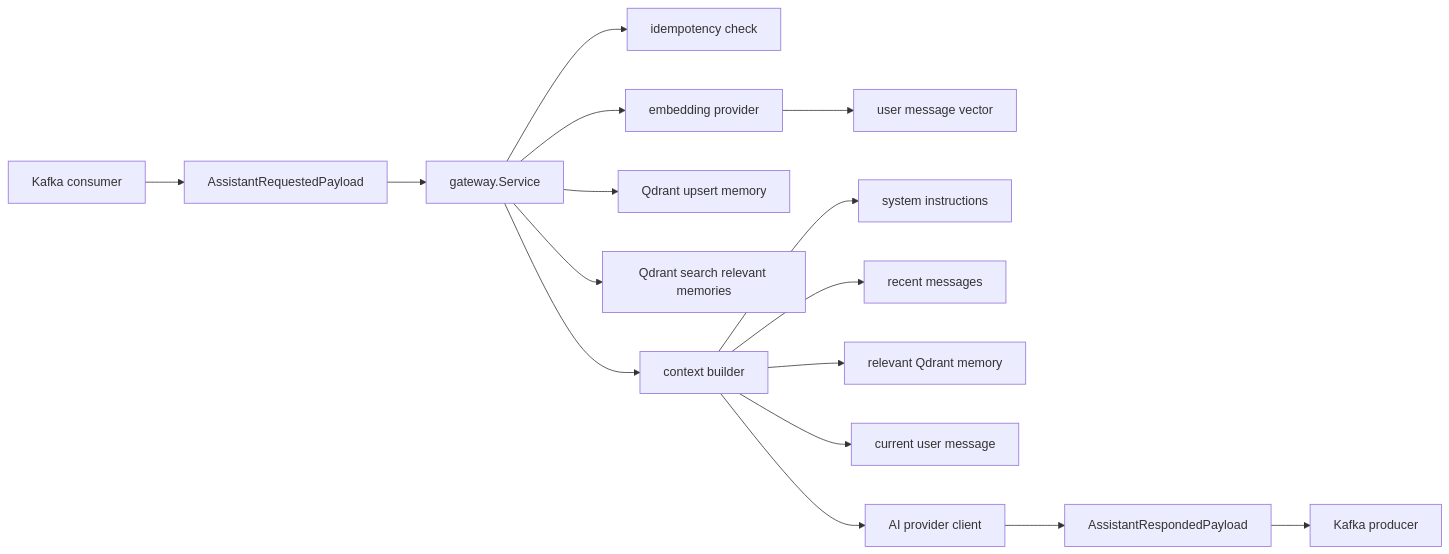
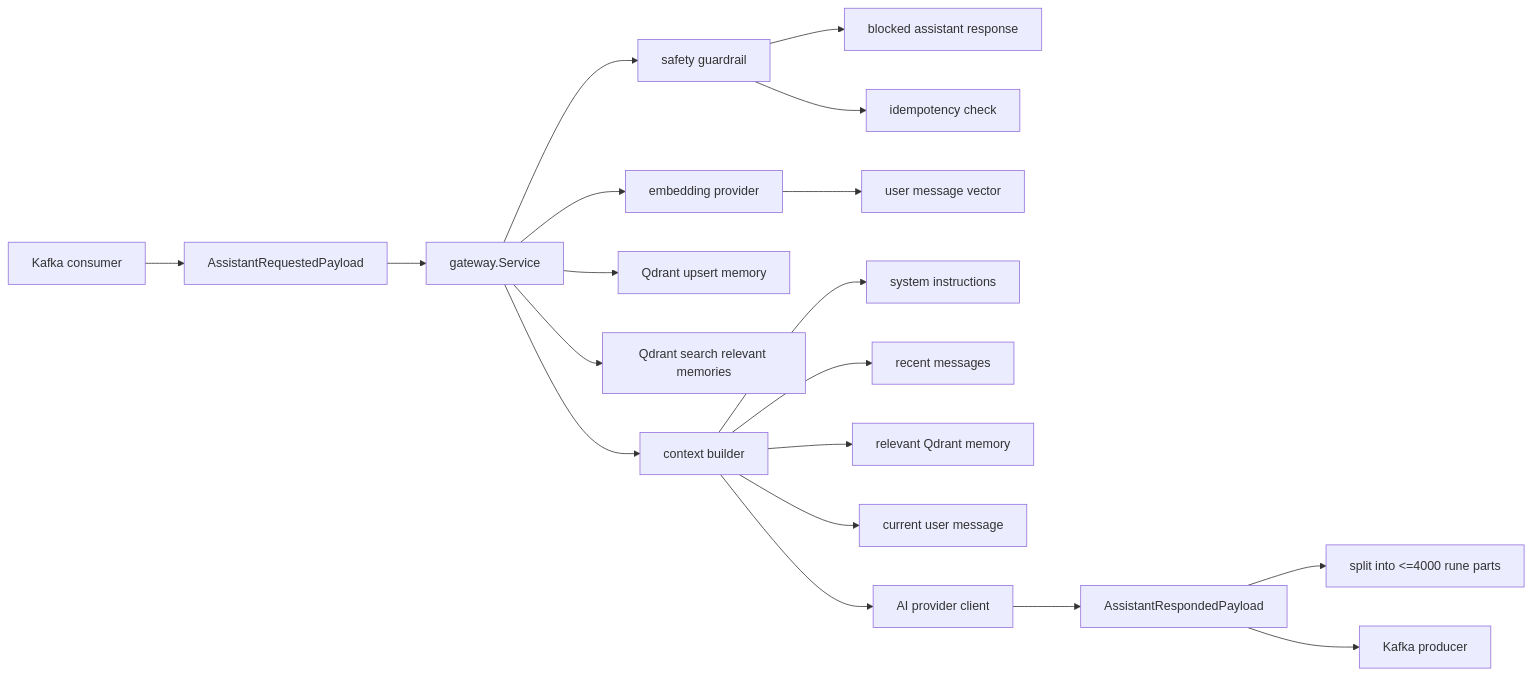
One commit to vucongthanh92/courier changed the fourth of 5 diagrams in agent-gateway/docs/codegraph.md. Above: the diagram before and after it, drawn with Mermaid. The commit also changed other lines of this file and 340 other files, not shown here.

````diff
--- a/agent-gateway/docs/codegraph.md
+++ b/agent-gateway/docs/codegraph.md
@@ -80,18 +82,21 @@
 ```mermaid
 flowchart LR
     KafkaConsumer["Kafka consumer"] --> EventModel["AssistantRequestedPayload"]
     EventModel --> GatewayService["gateway.Service"]
-    GatewayService --> Idempotency["idempotency check"]
+    GatewayService --> SafetyCheck["safety guardrail"]
+    SafetyCheck --> BlockedResponse["blocked assistant response"]
+    SafetyCheck --> Idempotency["idempotency check"]
     GatewayService --> EmbeddingProvider["embedding provider"]
     EmbeddingProvider --> UserVector["user message vector"]
     GatewayService --> QdrantUpsert["Qdrant upsert memory"]
     GatewayService --> QdrantSearch["Qdrant search relevant memories"]
     GatewayService --> ContextBuilder["context builder"]
     ContextBuilder --> SystemPrompt["system instructions"]
     ContextBuilder --> RecentMessages["recent messages"]
     ContextBuilder --> RelevantMemory["relevant Qdrant memory"]
     ContextBuilder --> CurrentMessage["current user message"]
     ContextBuilder --> AIProvider["AI provider client"]
     AIProvider --> ResponseModel["AssistantRespondedPayload"]
+    ResponseModel --> ResponseParts["split into <=4000 rune parts"]
     ResponseModel --> KafkaProducer["Kafka producer"]
 ```
````
